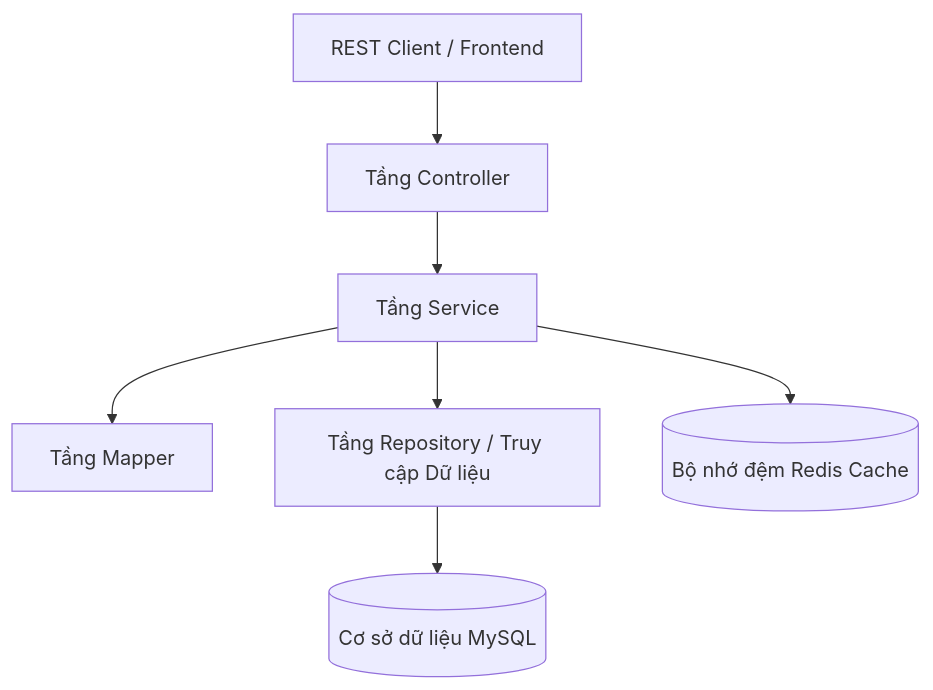
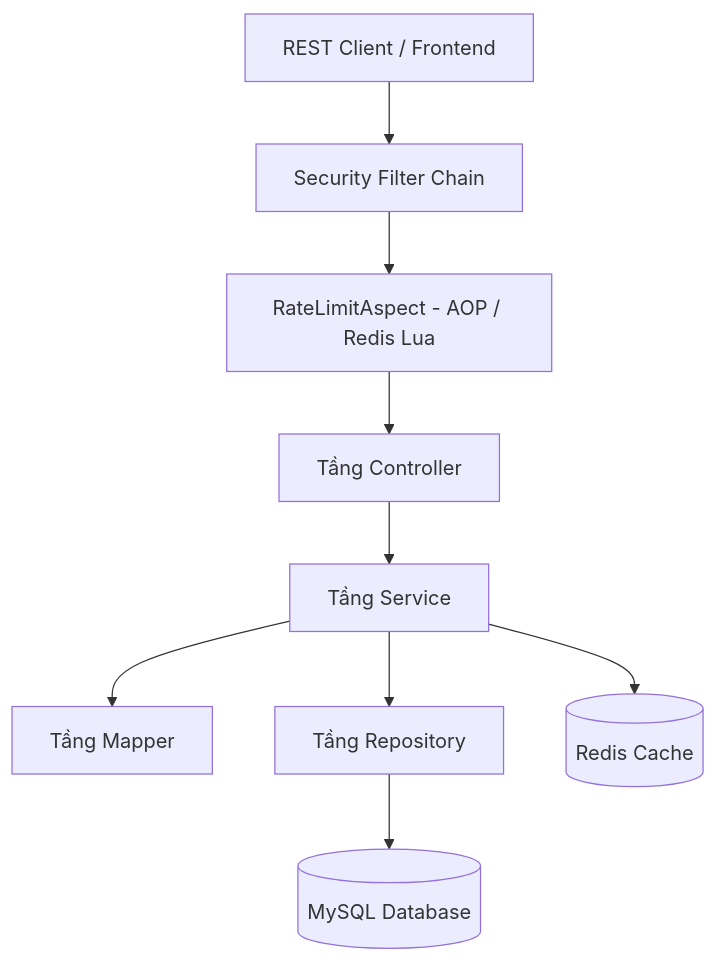
Before and after one commit to NguyenNhatUS/SmartBank: the first of 2 diagrams in project_review.md, drawn with Mermaid. The commit also changed other lines of this file, not shown here.

````diff
--- a/project_review.md
+++ b/project_review.md
@@ -26,9 +11,11 @@
 ```mermaid
 graph TD
-    Client[REST Client / Frontend] --> Controllers[Tầng Controller]
+    Client[REST Client / Frontend] --> SecurityFilter[Security Filter Chain]
+    SecurityFilter --> RateLimiter[RateLimitAspect - AOP / Redis Lua]
+    RateLimiter --> Controllers[Tầng Controller]
     Controllers --> Services[Tầng Service]
     Services --> Mappers[Tầng Mapper]
-    Services --> Repositories[Tầng Repository / Truy cập Dữ liệu]
-    Repositories --> Database[(Cơ sở dữ liệu MySQL)]
-    Services --> Cache[(Bộ nhớ đệm Redis Cache)]
+    Services --> Repositories[Tầng Repository]
+    Repositories --> Database[(MySQL Database)]
+    Services --> Cache[(Redis Cache)]
 ```
````
